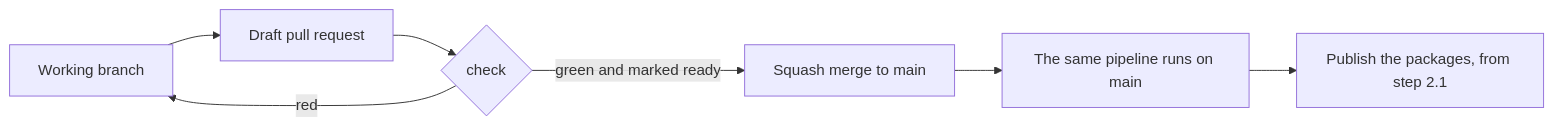
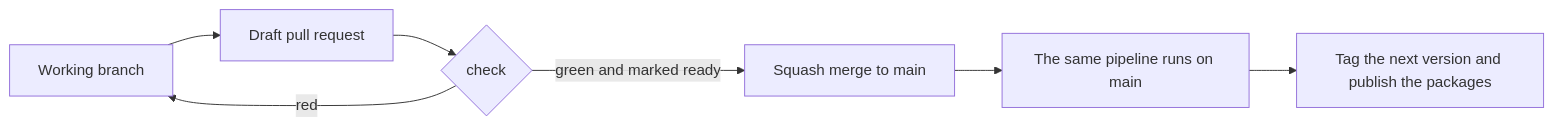
Before and after one commit to zigordev/toolkit: the diagram in docs/cloud-first-deploy.md, drawn with Mermaid. The commit also changed other lines of this file and 15 other files, not shown here.

````diff
--- a/docs/cloud-first-deploy.md
+++ b/docs/cloud-first-deploy.md
@@ -16,9 +16,9 @@
 ```mermaid
 flowchart LR
   branch["Working branch"] --> draft["Draft pull request"]
   draft --> check{check}
   check -->|red| branch
   check -->|green and marked ready| merge["Squash merge to main"]
   merge --> run["The same pipeline runs on main"]
-  run --> publish["Publish the packages, from step 2.1"]
+  run --> release["Tag the next version and publish the packages"]
 ```
````
